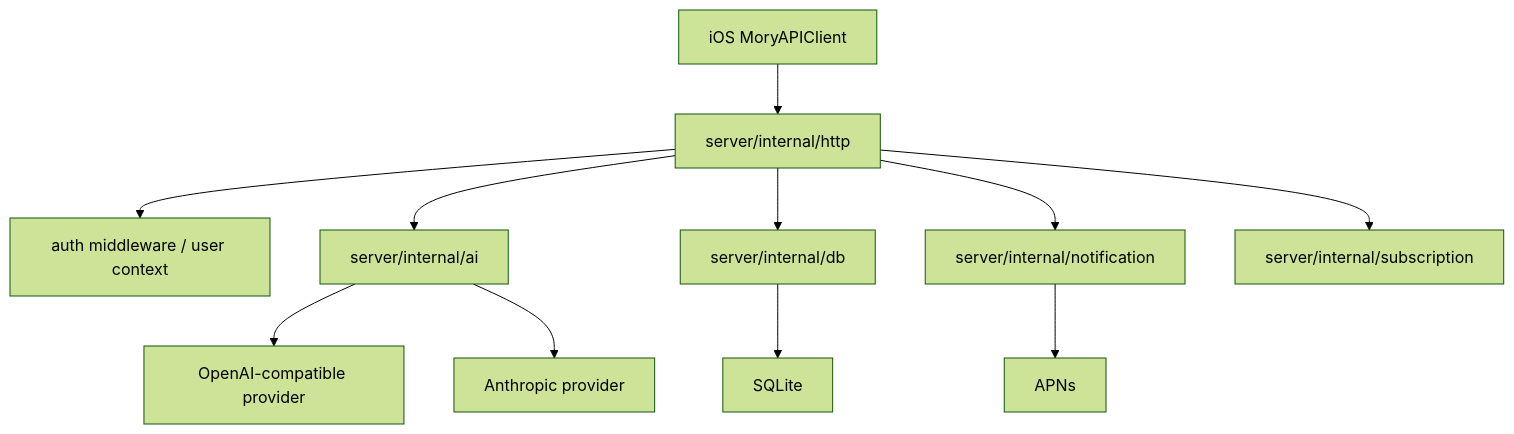
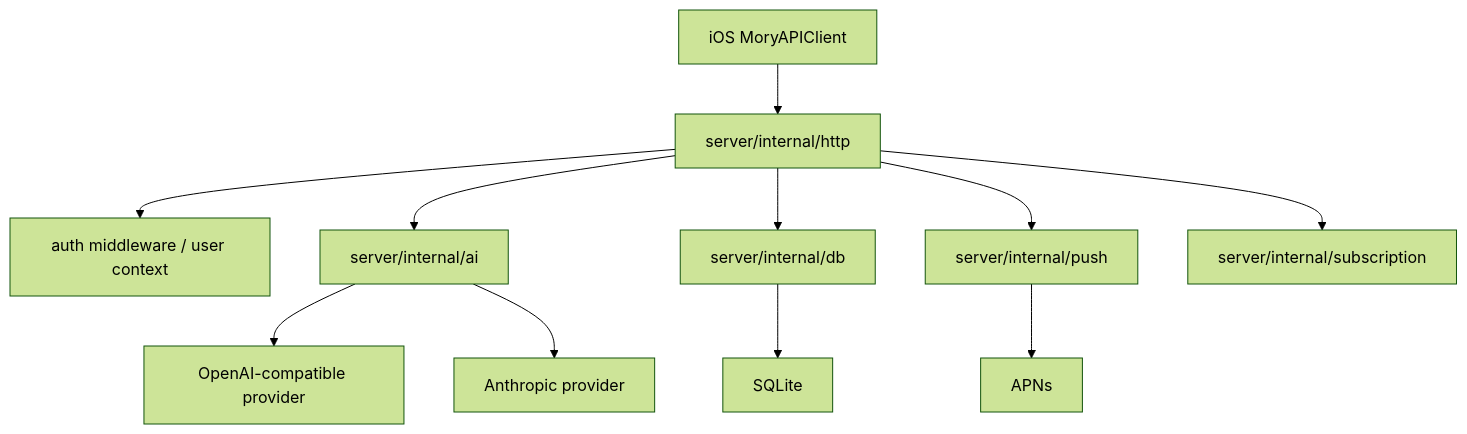
Before and after one commit to daaihang/sprout: the first of 2 diagrams in docs/mory_architecture_handbook_2026_05/08_server_architecture_audit.md, drawn with Mermaid (forest theme). The commit also changed other lines of this file and 20 other files, not shown here.

````diff
--- a/docs/mory_architecture_handbook_2026_05/08_server_architecture_audit.md
+++ b/docs/mory_architecture_handbook_2026_05/08_server_architecture_audit.md
@@ -7,13 +7,13 @@
 ```mermaid
 flowchart TD
     A["iOS MoryAPIClient"] --> B["server/internal/http"]
     B --> C["auth middleware / user context"]
     B --> D["server/internal/ai"]
     B --> E["server/internal/db"]
-    B --> F["server/internal/notification"]
+    B --> F["server/internal/push"]
     B --> G["server/internal/subscription"]
     D --> H["OpenAI-compatible provider"]
     D --> I["Anthropic provider"]
     F --> J["APNs"]
     E --> K["SQLite"]
 ```
````
